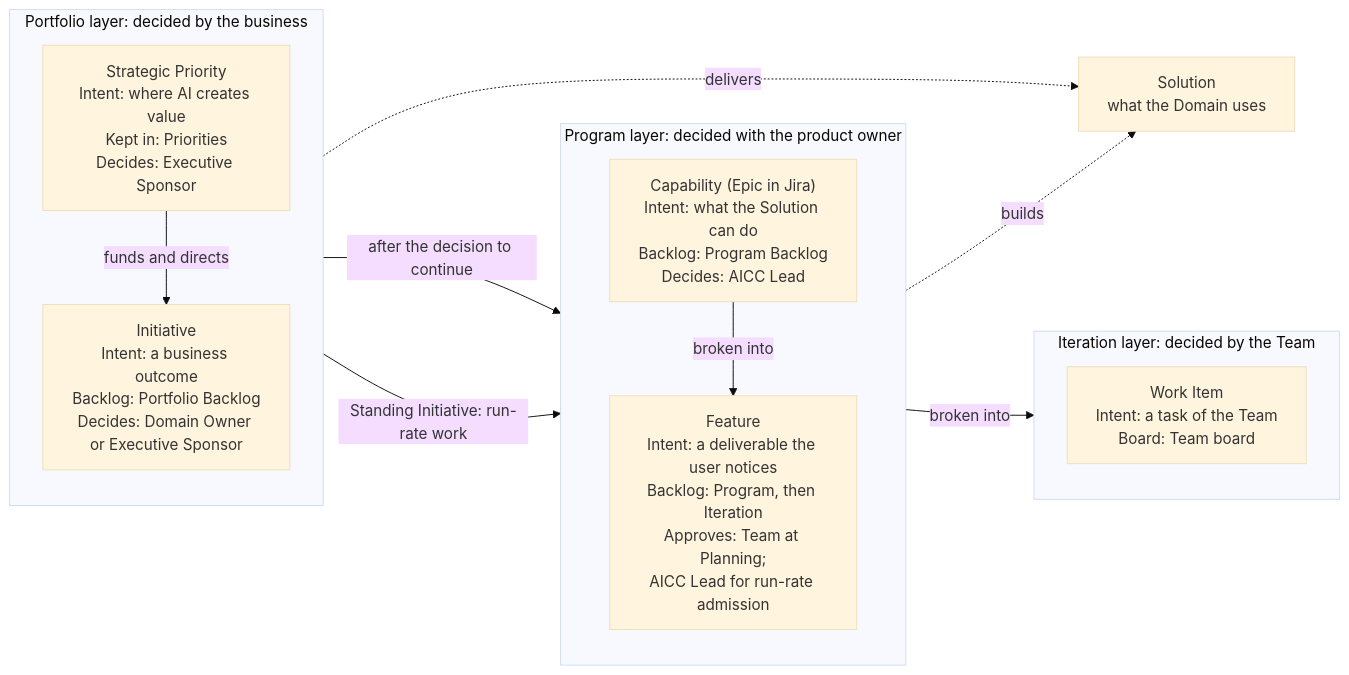
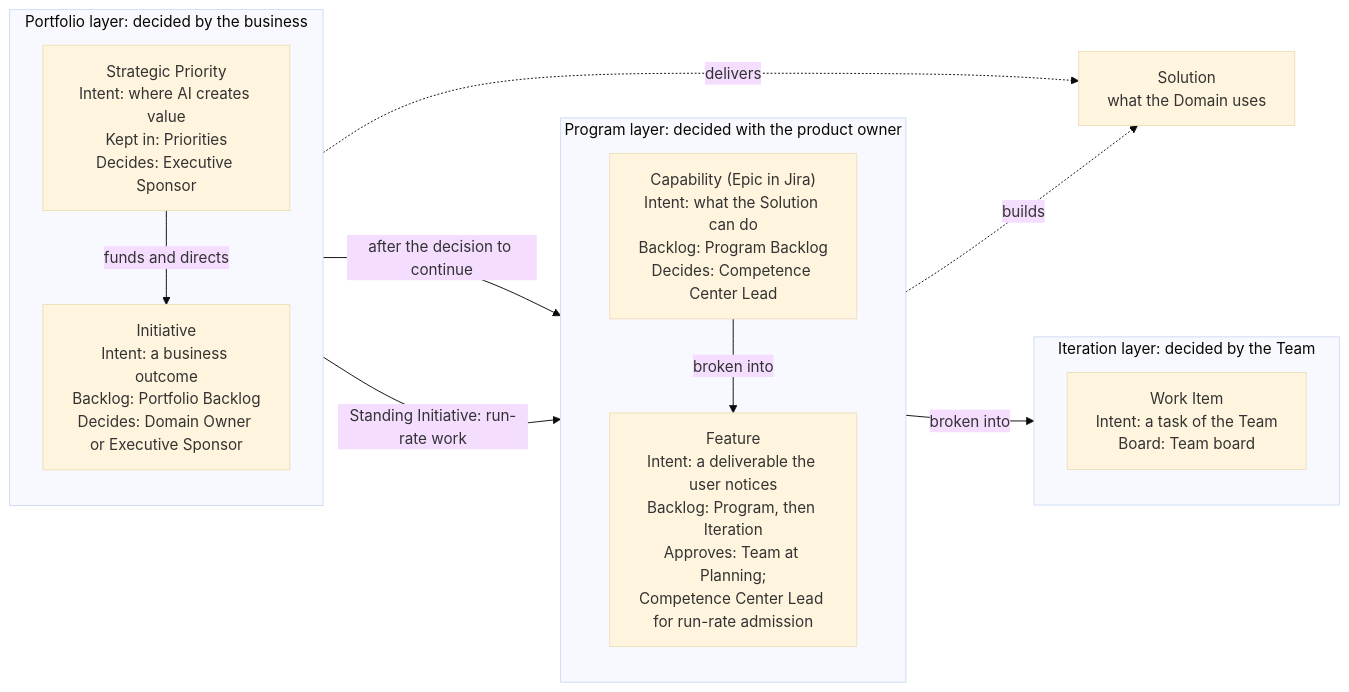
The first of 13 diagrams in charter/en/documents/solution-lifecycle-model.md (devhogu/ob-aicc), drawn with Mermaid (base theme) before and after one commit. The commit also changed other lines of this file and 1149 other files, not shown here.

First line of the commit message:
The name Competence Center: AICC stays only as a code (DR-2026-066)

````diff
--- a/charter/en/documents/solution-lifecycle-model.md
+++ b/charter/en/documents/solution-lifecycle-model.md
@@ -59,24 +59,24 @@
 ```mermaid
 flowchart LR
   subgraph PORT["Portfolio layer: decided by the business"]
     direction TB
     SP["Strategic Priority<br/>Intent: where AI creates value<br/>Kept in: Priorities<br/>Decides: Executive Sponsor"]
     INI["Initiative<br/>Intent: a business outcome<br/>Backlog: Portfolio Backlog<br/>Decides: Domain Owner or Executive Sponsor"]
     SP -->|funds and directs| INI
   end
   subgraph PROG["Program layer: decided with the product owner"]
     direction TB
-    CAP["Capability (Epic in Jira)<br/>Intent: what the Solution can do<br/>Backlog: Program Backlog<br/>Decides: AICC Lead"]
-    FT["Feature<br/>Intent: a deliverable the user notices<br/>Backlog: Program, then Iteration<br/>Approves: Team at Planning;<br/>AICC Lead for run-rate admission"]
+    CAP["Capability (Epic in Jira)<br/>Intent: what the Solution can do<br/>Backlog: Program Backlog<br/>Decides: Competence Center Lead"]
+    FT["Feature<br/>Intent: a deliverable the user notices<br/>Backlog: Program, then Iteration<br/>Approves: Team at Planning;<br/>Competence Center Lead for run-rate admission"]
     CAP -->|broken into| FT
   end
   subgraph ITER["Iteration layer: decided by the Team"]
     direction TB
     WI["Work Item<br/>Intent: a task of the Team<br/>Board: Team board"]
   end
   INI -->|after the decision to continue| CAP
   INI -->|Standing Initiative: run-rate work| FT
   FT -->|broken into| WI
   INI -.->|delivers| SOL["Solution<br/>what the Domain uses"]
   CAP -.->|builds| SOL
 ```
````
